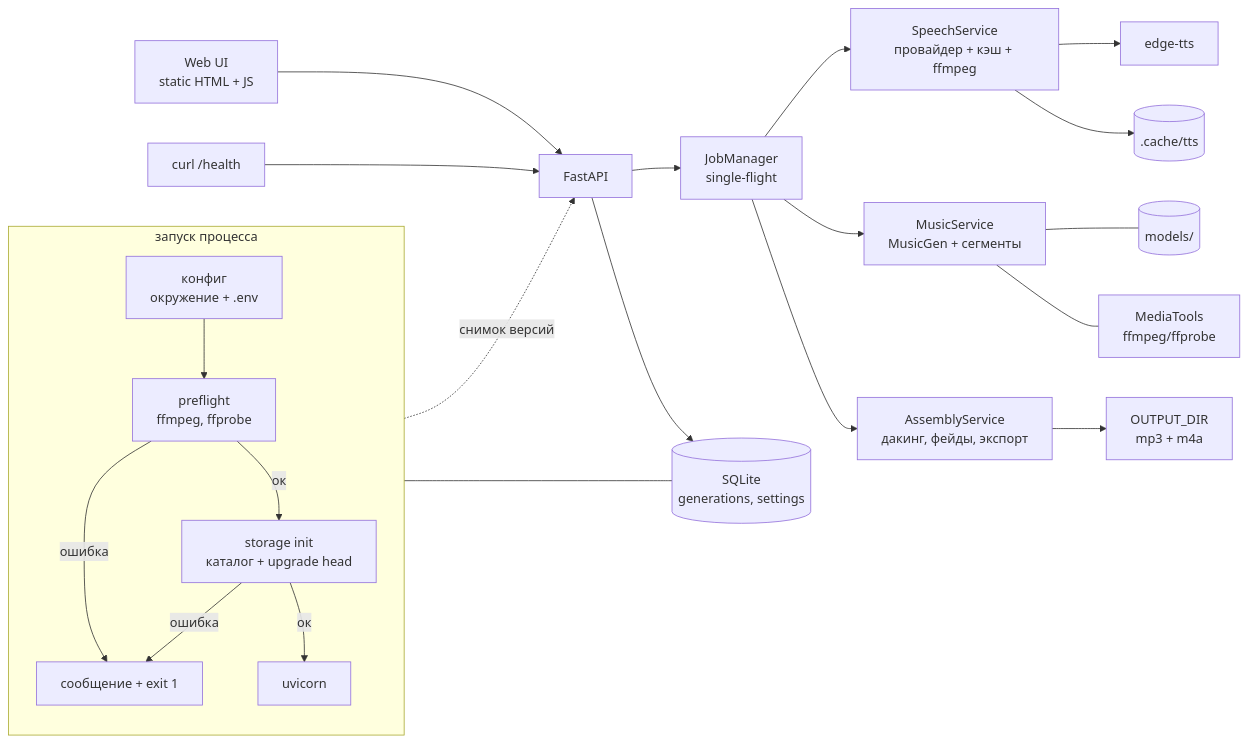
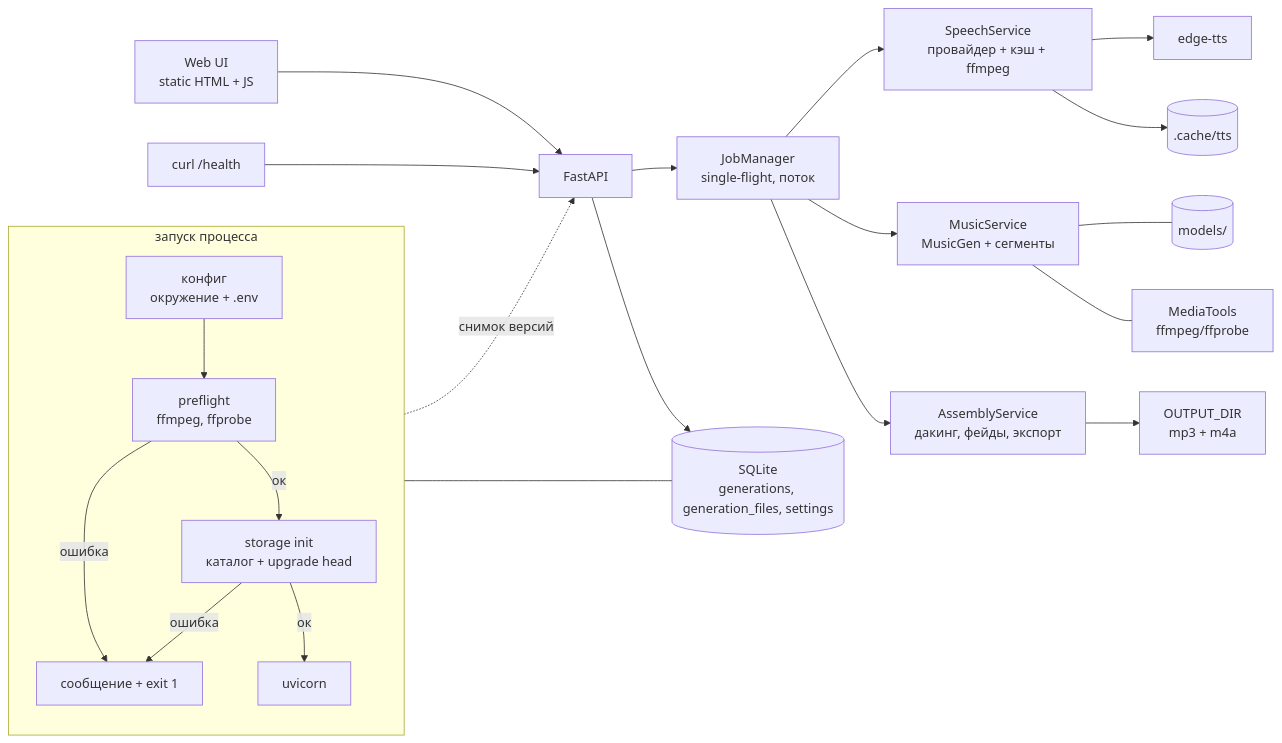
One commit to tuch-ka/muzifikator changed the first of 2 diagrams in docs/architecture.md. Above: the diagram before and after it, drawn with Mermaid. The commit also changed other lines of this file and 17 other files, not shown here.

First line of the commit message:
MUZ-9: feat: add single-flight job orchestration and generation API

````diff
--- a/docs/architecture.md
+++ b/docs/architecture.md
@@ -8,25 +8,25 @@
 ```mermaid
 flowchart LR
     subgraph START["запуск процесса"]
         direction TB
         CFG["конфиг<br/>окружение + .env"] --> PF["preflight<br/>ffmpeg, ffprobe"]
         PF -->|"ок"| ST["storage init<br/>каталог + upgrade head"]
         PF -->|"ошибка"| EXIT["сообщение + exit 1"]
         ST -->|"ок"| APP["uvicorn"]
         ST -->|"ошибка"| EXIT
     end
     UI["Web UI<br/>static HTML + JS"] --> API["FastAPI"]
     OPS["curl /health"] --> API
-    API --> JOB["JobManager<br/>single-flight"]
+    API --> JOB["JobManager<br/>single-flight, поток"]
     JOB --> SPEECH["SpeechService<br/>провайдер + кэш + ffmpeg"]
     SPEECH --> TTS["edge-tts"]
     SPEECH --> CACHE[(".cache/tts")]
     JOB --> MUS["MusicService<br/>MusicGen + сегменты"]
     MUS --- WEIGHTS[("models/")]
     MUS --- MEDIA["MediaTools<br/>ffmpeg/ffprobe"]
     JOB --> MIX["AssemblyService<br/>дакинг, фейды, экспорт"]
     MIX --> OUT["OUTPUT_DIR<br/>mp3 + m4a"]
-    API --> DB[("SQLite<br/>generations, settings")]
+    API --> DB[("SQLite<br/>generations, generation_files, settings")]
     ST --- DB
     PF -.->|"снимок версий"| API
 ```
````
